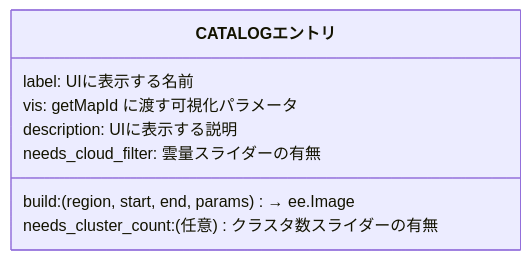
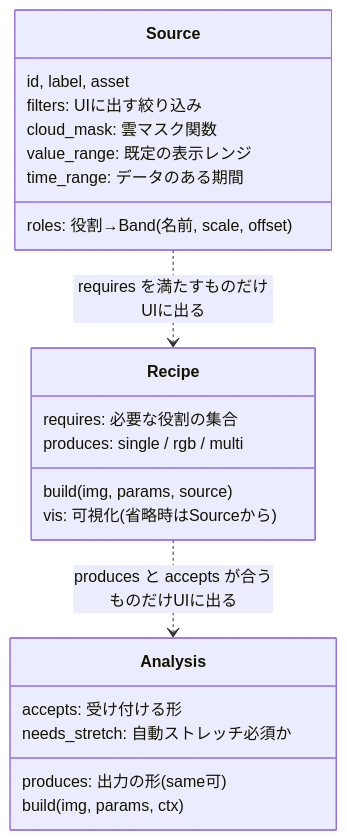
One commit to yoshida-shinnosuke/gee-viewer-fix changed the sixth of 6 diagrams in docs/architecture.md. Above: the diagram before and after it, drawn with Mermaid. The commit also changed other lines of this file and 12 other files, not shown here.

First line of the commit message:
Rebuild pipeline as composable Source/Recipe/Analysis architecture

````diff
--- a/docs/architecture.md
+++ b/docs/architecture.md
@@ -82,11 +263,25 @@
 ```mermaid
 classDiagram
-    class CATALOGエントリ {
-        label: UIに表示する名前
-        build: (region, start, end, params) → ee.Image
-        vis: getMapId に渡す可視化パラメータ
-        description: UIに表示する説明
-        needs_cloud_filter: 雲量スライダーの有無
-        needs_cluster_count: (任意) クラスタ数スライダーの有無
+    class Source {
+        id, label, asset
+        roles: 役割→Band(名前, scale, offset)
+        filters: UIに出す絞り込み
+        cloud_mask: 雲マスク関数
+        value_range: 既定の表示レンジ
+        time_range: データのある期間
     }
+    class Recipe {
+        requires: 必要な役割の集合
+        produces: single / rgb / multi
+        build(img, params, source)
+        vis: 可視化(省略時はSourceから)
+    }
+    class Analysis {
+        accepts: 受け付ける形
+        produces: 出力の形 (same可)
+        build(img, params, ctx)
+        needs_stretch: 自動ストレッチ必須か
+    }
+    Source ..> Recipe : requires を満たすものだけUIに出る
+    Recipe ..> Analysis : produces と accepts が合うものだけUIに出る
 ```
````
